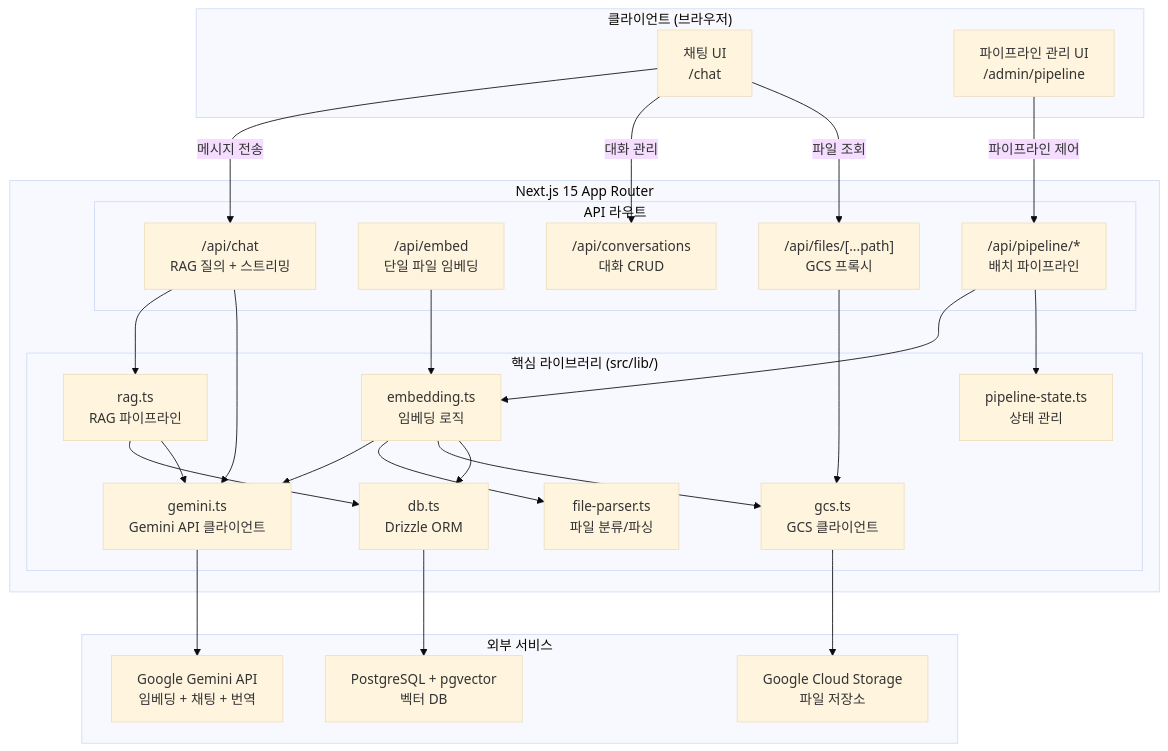
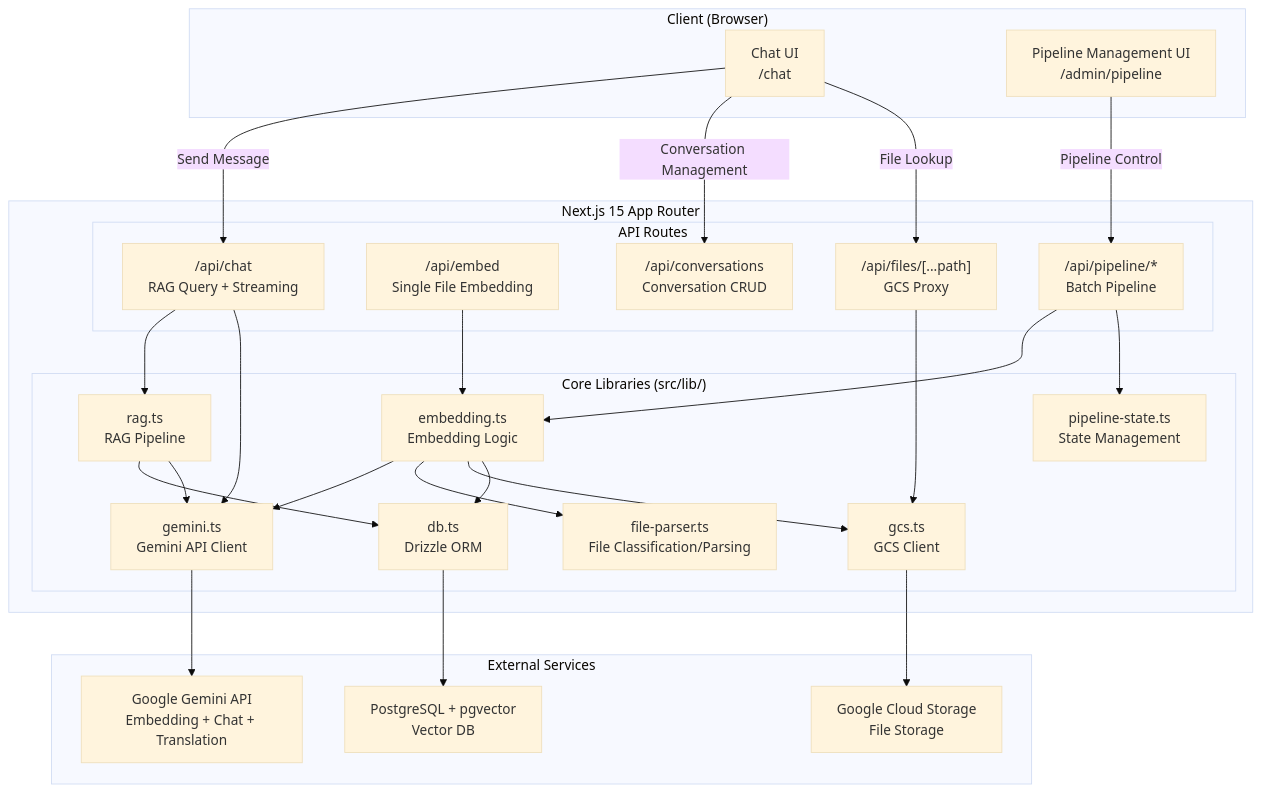
Before and after one commit to midasol/gemini-embedding-2: the first of 12 diagrams in docs/ko/ARCHITECTURE.md, drawn with Mermaid (base theme). The commit also changed other lines of this file and 17 other files, not shown here.

````diff
--- a/docs/ko/ARCHITECTURE.md
+++ b/docs/ko/ARCHITECTURE.md
@@ -9,56 +9,56 @@
 ```mermaid
 graph TB
-    subgraph Client["클라이언트 (브라우저)"]
-        ChatUI["채팅 UI<br/>/chat"]
-        AdminUI["파이프라인 관리 UI<br/>/admin/pipeline"]
+    subgraph Client["Client (Browser)"]
+        ChatUI["Chat UI<br/>/chat"]
+        AdminUI["Pipeline Management UI<br/>/admin/pipeline"]
     end
 
     subgraph NextJS["Next.js 15 App Router"]
-        subgraph API["API 라우트"]
-            ChatAPI["/api/chat<br/>RAG 질의 + 스트리밍"]
-            EmbedAPI["/api/embed<br/>단일 파일 임베딩"]
-            PipelineAPI["/api/pipeline/*<br/>배치 파이프라인"]
-            ConvAPI["/api/conversations<br/>대화 CRUD"]
-            FilesAPI["/api/files/[...path]<br/>GCS 프록시"]
+        subgraph API["API Routes"]
+            ChatAPI["/api/chat<br/>RAG Query + Streaming"]
+            EmbedAPI["/api/embed<br/>Single File Embedding"]
+            PipelineAPI["/api/pipeline/*<br/>Batch Pipeline"]
+            ConvAPI["/api/conversations<br/>Conversation CRUD"]
+            FilesAPI["/api/files/[...path]<br/>GCS Proxy"]
         end
 
-        subgraph Lib["핵심 라이브러리 (src/lib/)"]
-            RAG["rag.ts<br/>RAG 파이프라인"]
-            Embedding["embedding.ts<br/>임베딩 로직"]
-            GeminiClient["gemini.ts<br/>Gemini API 클라이언트"]
-            FileParser["file-parser.ts<br/>파일 분류/파싱"]
-            GCSLib["gcs.ts<br/>GCS 클라이언트"]
+        subgraph Lib["Core Libraries (src/lib/)"]
+            RAG["rag.ts<br/>RAG Pipeline"]
+            Embedding["embedding.ts<br/>Embedding Logic"]
+            GeminiClient["gemini.ts<br/>Gemini API Client"]
+            FileParser["file-parser.ts<br/>File Classification/Parsing"]
+            GCSLib["gcs.ts<br/>GCS Client"]
             DB["db.ts<br/>Drizzle ORM"]
-            PipelineState["pipeline-state.ts<br/>상태 관리"]
+            PipelineState["pipeline-state.ts<br/>State Management"]
         end
     end
 
-    subgraph External["외부 서비스"]
-        Gemini["Google Gemini API<br/>임베딩 + 채팅 + 번역"]
-        GCS["Google Cloud Storage<br/>파일 저장소"]
-        PG["PostgreSQL + pgvector<br/>벡터 DB"]
+    subgraph External["External Services"]
+        Gemini["Google Gemini API<br/>Embedding + Chat + Translation"]
+        GCS["Google Cloud Storage<br/>File Storage"]
+        PG["PostgreSQL + pgvector<br/>Vector DB"]
     end
 
-    ChatUI -->|"메시지 전송"| ChatAPI
-    ChatUI -->|"대화 관리"| ConvAPI
-    ChatUI -->|"파일 조회"| FilesAPI
-    AdminUI -->|"파이프라인 제어"| PipelineAPI
+    ChatUI -->|"Send Message"| ChatAPI
+    ChatUI -->|"Conversation Management"| ConvAPI
+    ChatUI -->|"File Lookup"| FilesAPI
+    AdminUI -->|"Pipeline Control"| PipelineAPI
 
     ChatAPI --> RAG
     ChatAPI --> GeminiClient
     EmbedAPI --> Embedding
     PipelineAPI --> Embedding
     PipelineAPI --> PipelineState
     FilesAPI --> GCSLib
 
     RAG --> DB
     RAG --> GeminiClient
     Embedding --> GeminiClient
     Embedding --> FileParser
     Embedding --> GCSLib
     Embedding --> DB
 
     GeminiClient --> Gemini
     GCSLib --> GCS
     DB --> PG
 ```
````
